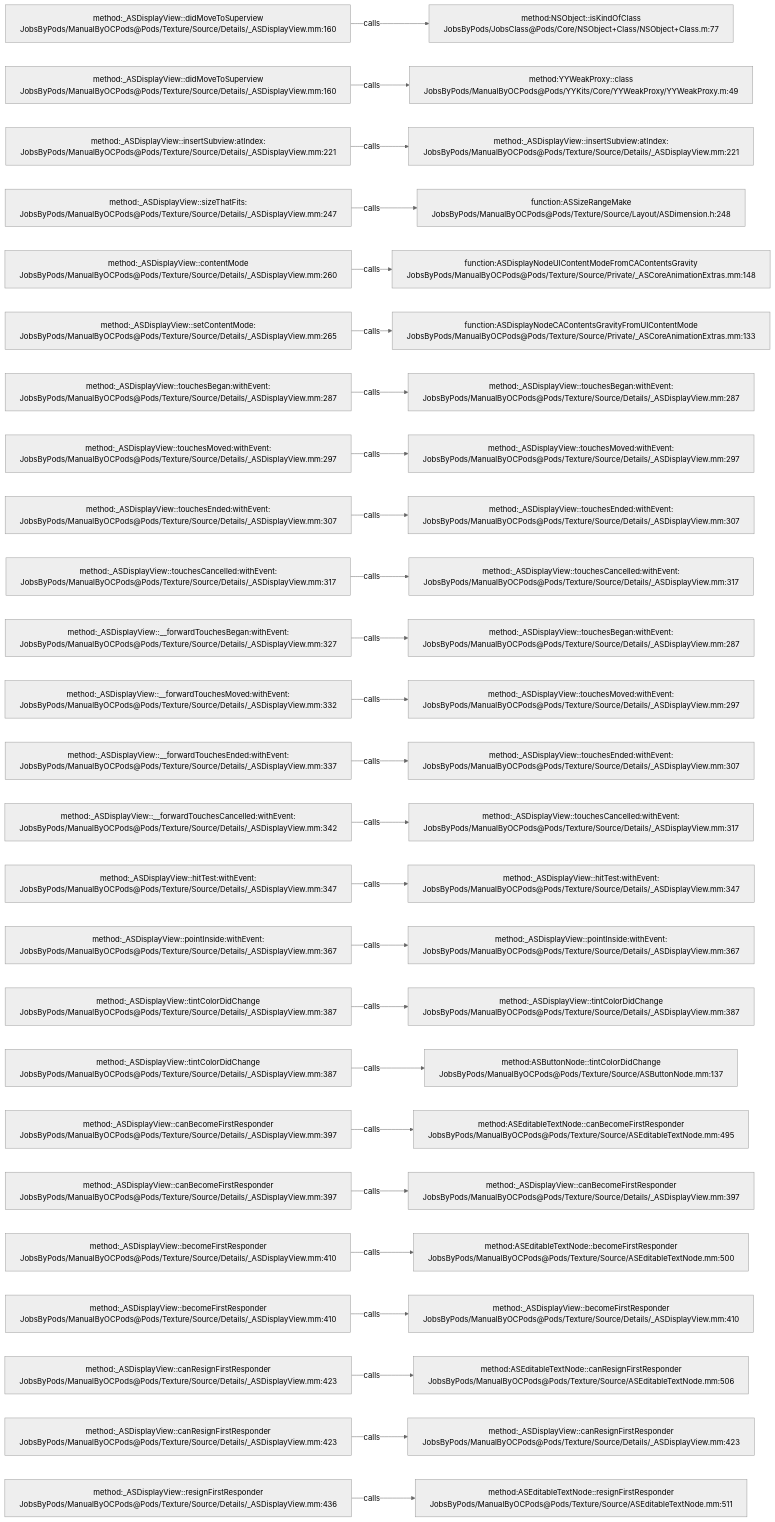
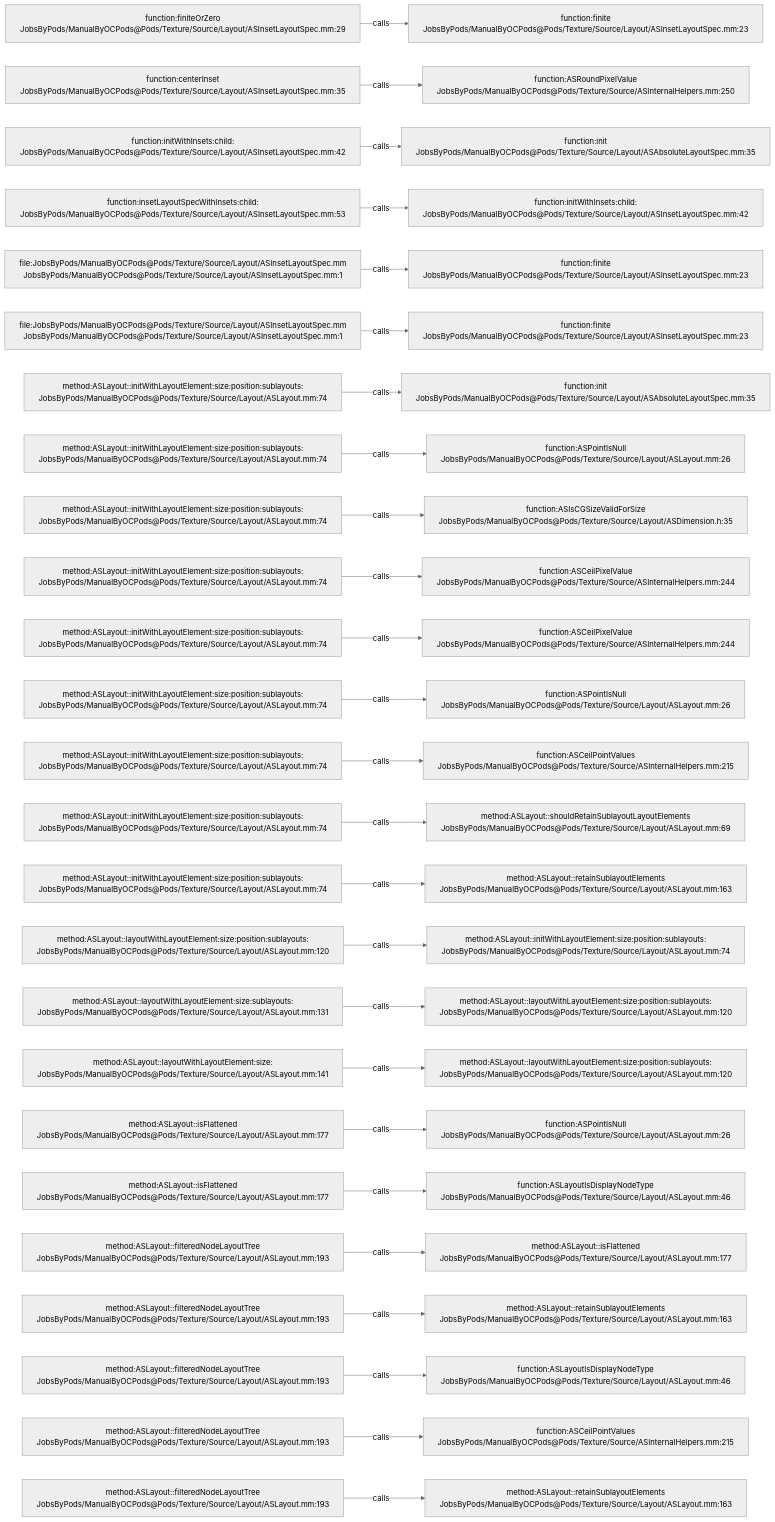
The diagram in .codegraph/codegraph.md/graphs/calls-170.md (JobsKits/JobsOCBaseConfigDemo), drawn with Mermaid (neutral theme) before and after one commit. The commit also changed 1448 other files, not shown here.

````diff
--- a/.codegraph/codegraph.md/graphs/calls-170.md
+++ b/.codegraph/codegraph.md/graphs/calls-170.md
@@ -13,78 +13,78 @@
 ```mermaid
 flowchart LR
-  S1["method:_ASDisplayView::didMoveToSuperview<br/>JobsByPods/ManualByOCPods@Pods/Texture/Source/Details/_ASDisplayView.mm:160"]
-  T1["method:NSObject::isKindOfClass<br/>JobsByPods/JobsClass@Pods/Core/NSObject+Class/NSObject+Class.m:77"]
+  S1["function:finiteOrZero<br/>JobsByPods/ManualByOCPods@Pods/Texture/Source/Layout/ASInsetLayoutSpec.mm:29"]
+  T1["function:finite<br/>JobsByPods/ManualByOCPods@Pods/Texture/Source/Layout/ASInsetLayoutSpec.mm:23"]
   S1 -->|calls| T1
-  S2["method:_ASDisplayView::didMoveToSuperview<br/>JobsByPods/ManualByOCPods@Pods/Texture/Source/Details/_ASDisplayView.mm:160"]
-  T2["method:YYWeakProxy::class<br/>JobsByPods/ManualByOCPods@Pods/YYKits/Core/YYWeakProxy/YYWeakProxy.m:49"]
+  S2["function:centerInset<br/>JobsByPods/ManualByOCPods@Pods/Texture/Source/Layout/ASInsetLayoutSpec.mm:35"]
+  T2["function:ASRoundPixelValue<br/>JobsByPods/ManualByOCPods@Pods/Texture/Source/ASInternalHelpers.mm:250"]
   S2 -->|calls| T2
-  S3["method:_ASDisplayView::insertSubview:atIndex:<br/>JobsByPods/ManualByOCPods@Pods/Texture/Source/Details/_ASDisplayView.mm:221"]
-  T3["method:_ASDisplayView::insertSubview:atIndex:<br/>JobsByPods/ManualByOCPods@Pods/Texture/Source/Details/_ASDisplayView.mm:221"]
+  S3["function:initWithInsets:child:<br/>JobsByPods/ManualByOCPods@Pods/Texture/Source/Layout/ASInsetLayoutSpec.mm:42"]
+  T3["function:init<br/>JobsByPods/ManualByOCPods@Pods/Texture/Source/Layout/ASAbsoluteLayoutSpec.mm:35"]
   S3 -->|calls| T3
-  S4["method:_ASDisplayView::sizeThatFits:<br/>JobsByPods/ManualByOCPods@Pods/Texture/Source/Details/_ASDisplayView.mm:247"]
-  T4["function:ASSizeRangeMake<br/>JobsByPods/ManualByOCPods@Pods/Texture/Source/Layout/ASDimension.h:248"]
+  S4["function:insetLayoutSpecWithInsets:child:<br/>JobsByPods/ManualByOCPods@Pods/Texture/Source/Layout/ASInsetLayoutSpec.mm:53"]
+  T4["function:initWithInsets:child:<br/>JobsByPods/ManualByOCPods@Pods/Texture/Source/Layout/ASInsetLayoutSpec.mm:42"]
   S4 -->|calls| T4
-  S5["method:_ASDisplayView::contentMode<br/>JobsByPods/ManualByOCPods@Pods/Texture/Source/Details/_ASDisplayView.mm:260"]
-  T5["function:ASDisplayNodeUIContentModeFromCAContentsGravity<br/>JobsByPods/ManualByOCPods@Pods/Texture/Source/Private/_ASCoreAnimationExtras.mm:148"]
+  S5["file:JobsByPods/ManualByOCPods@Pods/Texture/Source/Layout/ASInsetLayoutSpec.mm<br/>JobsByPods/ManualByOCPods@Pods/Texture/Source/Layout/ASInsetLayoutSpec.mm:1"]
+  T5["function:finite<br/>JobsByPods/ManualByOCPods@Pods/Texture/Source/Layout/ASInsetLayoutSpec.mm:23"]
   S5 -->|calls| T5
-  S6["method:_ASDisplayView::setContentMode:<br/>JobsByPods/ManualByOCPods@Pods/Texture/Source/Details/_ASDisplayView.mm:265"]
-  T6["function:ASDisplayNodeCAContentsGravityFromUIContentMode<br/>JobsByPods/ManualByOCPods@Pods/Texture/Source/Private/_ASCoreAnimationExtras.mm:133"]
+  S6["file:JobsByPods/ManualByOCPods@Pods/Texture/Source/Layout/ASInsetLayoutSpec.mm<br/>JobsByPods/ManualByOCPods@Pods/Texture/Source/Layout/ASInsetLayoutSpec.mm:1"]
+  T6["function:finite<br/>JobsByPods/ManualByOCPods@Pods/Texture/Source/Layout/ASInsetLayoutSpec.mm:23"]
   S6 -->|calls| T6
-  S7["method:_ASDisplayView::touchesBegan:withEvent:<br/>JobsByPods/ManualByOCPods@Pods/Texture/Source/Details/_ASDisplayView.mm:287"]
-  T7["method:_ASDisplayView::touchesBegan:withEvent:<br/>JobsByPods/ManualByOCPods@Pods/Texture/Source/Details/_ASDisplayView.mm:287"]
+  S7["method:ASLayout::initWithLayoutElement:size:position:sublayouts:<br/>JobsByPods/ManualByOCPods@Pods/Texture/Source/Layout/ASLayout.mm:74"]
+  T7["function:init<br/>JobsByPods/ManualByOCPods@Pods/Texture/Source/Layout/ASAbsoluteLayoutSpec.mm:35"]
   S7 -->|calls| T7
-  S8["method:_ASDisplayView::touchesMoved:withEvent:<br/>JobsByPods/ManualByOCPods@Pods/Texture/Source/Details/_ASDisplayView.mm:297"]
-  T8["method:_ASDisplayView::touchesMoved:withEvent:<br/>JobsByPods/ManualByOCPods@Pods/Texture/Source/Details/_ASDisplayView.mm:297"]
+  S8["method:ASLayout::initWithLayoutElement:size:position:sublayouts:<br/>JobsByPods/ManualByOCPods@Pods/Texture/Source/Layout/ASLayout.mm:74"]
+  T8["function:ASPointIsNull<br/>JobsByPods/ManualByOCPods@Pods/Texture/Source/Layout/ASLayout.mm:26"]
   S8 -->|calls| T8
-  S9["method:_ASDisplayView::touchesEnded:withEvent:<br/>JobsByPods/ManualByOCPods@Pods/Texture/Source/Details/_ASDisplayView.mm:307"]
-  T9["method:_ASDisplayView::touchesEnded:withEvent:<br/>JobsByPods/ManualByOCPods@Pods/Texture/Source/Details/_ASDisplayView.mm:307"]
+  S9["method:ASLayout::initWithLayoutElement:size:position:sublayouts:<br/>JobsByPods/ManualByOCPods@Pods/Texture/Source/Layout/ASLayout.mm:74"]
+  T9["function:ASIsCGSizeValidForSize<br/>JobsByPods/ManualByOCPods@Pods/Texture/Source/Layout/ASDimension.h:35"]
   S9 -->|calls| T9
-  S10["method:_ASDisplayView::touchesCancelled:withEvent:<br/>JobsByPods/ManualByOCPods@Pods/Texture/Source/Details/_ASDisplayView.mm:317"]
-  T10["method:_ASDisplayView::touchesCancelled:withEvent:<br/>JobsByPods/ManualByOCPods@Pods/Texture/Source/Details/_ASDisplayView.mm:317"]
+  S10["method:ASLayout::initWithLayoutElement:size:position:sublayouts:<br/>JobsByPods/ManualByOCPods@Pods/Texture/Source/Layout/ASLayout.mm:74"]
+  T10["function:ASCeilPixelValue<br/>JobsByPods/ManualByOCPods@Pods/Texture/Source/ASInternalHelpers.mm:244"]
   S10 -->|calls| T10
-  S11["method:_ASDisplayView::__forwardTouchesBegan:withEvent:<br/>JobsByPods/ManualByOCPods@Pods/Texture/Source/Details/_ASDisplayView.mm:327"]
-  T11["method:_ASDisplayView::touchesBegan:withEvent:<br/>JobsByPods/ManualByOCPods@Pods/Texture/Source/Details/_ASDisplayView.mm:287"]
+  S11["method:ASLayout::initWithLayoutElement:size:position:sublayouts:<br/>JobsByPods/ManualByOCPods@Pods/Texture/Source/Layout/ASLayout.mm:74"]
+  T11["function:ASCeilPixelValue<br/>JobsByPods/ManualByOCPods@Pods/Texture/Source/ASInternalHelpers.mm:244"]
   S11 -->|calls| T11
-  S12["method:_ASDisplayView::__forwardTouchesMoved:withEvent:<br/>JobsByPods/ManualByOCPods@Pods/Texture/Source/Details/_ASDisplayView.mm:332"]
-  T12["method:_ASDisplayView::touchesMoved:withEvent:<br/>JobsByPods/ManualByOCPods@Pods/Texture/Source/Details/_ASDisplayView.mm:297"]
+  S12["method:ASLayout::initWithLayoutElement:size:position:sublayouts:<br/>JobsByPods/ManualByOCPods@Pods/Texture/Source/Layout/ASLayout.mm:74"]
+  T12["function:ASPointIsNull<br/>JobsByPods/ManualByOCPods@Pods/Texture/Source/Layout/ASLayout.mm:26"]
   S12 -->|calls| T12
-  S13["method:_ASDisplayView::__forwardTouchesEnded:withEvent:<br/>JobsByPods/ManualByOCPods@Pods/Texture/Source/Details/_ASDisplayView.mm:337"]
-  T13["method:_ASDisplayView::touchesEnded:withEvent:<br/>JobsByPods/ManualByOCPods@Pods/Texture/Source/Details/_ASDisplayView.mm:307"]
+  S13["method:ASLayout::initWithLayoutElement:size:position:sublayouts:<br/>JobsByPods/ManualByOCPods@Pods/Texture/Source/Layout/ASLayout.mm:74"]
+  T13["function:ASCeilPointValues<br/>JobsByPods/ManualByOCPods@Pods/Texture/Source/ASInternalHelpers.mm:215"]
   S13 -->|calls| T13
-  S14["method:_ASDisplayView::__forwardTouchesCancelled:withEvent:<br/>JobsByPods/ManualByOCPods@Pods/Texture/Source/Details/_ASDisplayView.mm:342"]
-  T14["method:_ASDisplayView::touchesCancelled:withEvent:<br/>JobsByPods/ManualByOCPods@Pods/Texture/Source/Details/_ASDisplayView.mm:317"]
+  S14["method:ASLayout::initWithLayoutElement:size:position:sublayouts:<br/>JobsByPods/ManualByOCPods@Pods/Texture/Source/Layout/ASLayout.mm:74"]
+  T14["method:ASLayout::shouldRetainSublayoutLayoutElements<br/>JobsByPods/ManualByOCPods@Pods/Texture/Source/Layout/ASLayout.mm:69"]
   S14 -->|calls| T14
-  S15["method:_ASDisplayView::hitTest:withEvent:<br/>JobsByPods/ManualByOCPods@Pods/Texture/Source/Details/_ASDisplayView.mm:347"]
-  T15["method:_ASDisplayView::hitTest:withEvent:<br/>JobsByPods/ManualByOCPods@Pods/Texture/Source/Details/_ASDisplayView.mm:347"]
+  S15["method:ASLayout::initWithLayoutElement:size:position:sublayouts:<br/>JobsByPods/ManualByOCPods@Pods/Texture/Source/Layout/ASLayout.mm:74"]
+  T15["method:ASLayout::retainSublayoutElements<br/>JobsByPods/ManualByOCPods@Pods/Texture/Source/Layout/ASLayout.mm:163"]
   S15 -->|calls| T15
-  S16["method:_ASDisplayView::pointInside:withEvent:<br/>JobsByPods/ManualByOCPods@Pods/Texture/Source/Details/_ASDisplayView.mm:367"]
-  T16["method:_ASDisplayView::pointInside:withEvent:<br/>JobsByPods/ManualByOCPods@Pods/Texture/Source/Details/_ASDisplayView.mm:367"]
+  S16["method:ASLayout::layoutWithLayoutElement:size:position:sublayouts:<br/>JobsByPods/ManualByOCPods@Pods/Texture/Source/Layout/ASLayout.mm:120"]
+  T16["method:ASLayout::initWithLayoutElement:size:position:sublayouts:<br/>JobsByPods/ManualByOCPods@Pods/Texture/Source/Layout/ASLayout.mm:74"]
   S16 -->|calls| T16
-  S17["method:_ASDisplayView::tintColorDidChange<br/>JobsByPods/ManualByOCPods@Pods/Texture/Source/Details/_ASDisplayView.mm:387"]
-  T17["method:_ASDisplayView::tintColorDidChange<br/>JobsByPods/ManualByOCPods@Pods/Texture/Source/Details/_ASDisplayView.mm:387"]
+  S17["method:ASLayout::layoutWithLayoutElement:size:sublayouts:<br/>JobsByPods/ManualByOCPods@Pods/Texture/Source/Layout/ASLayout.mm:131"]
+  T17["method:ASLayout::layoutWithLayoutElement:size:position:sublayouts:<br/>JobsByPods/ManualByOCPods@Pods/Texture/Source/Layout/ASLayout.mm:120"]
   S17 -->|calls| T17
-  S18["method:_ASDisplayView::tintColorDidChange<br/>JobsByPods/ManualByOCPods@Pods/Texture/Source/Details/_ASDisplayView.mm:387"]
-  T18["method:ASButtonNode::tintColorDidChange<br/>JobsByPods/ManualByOCPods@Pods/Texture/Source/ASButtonNode.mm:137"]
+  S18["method:ASLayout::layoutWithLayoutElement:size:<br/>JobsByPods/ManualByOCPods@Pods/Texture/Source/Layout/ASLayout.mm:141"]
+  T18["method:ASLayout::layoutWithLayoutElement:size:position:sublayouts:<br/>JobsByPods/ManualByOCPods@Pods/Texture/Source/Layout/ASLayout.mm:120"]
   S18 -->|calls| T18
-  S19["method:_ASDisplayView::canBecomeFirstResponder<br/>JobsByPods/ManualByOCPods@Pods/Texture/Source/Details/_ASDisplayView.mm:397"]
-  T19["method:ASEditableTextNode::canBecomeFirstResponder<br/>JobsByPods/ManualByOCPods@Pods/Texture/Source/ASEditableTextNode.mm:495"]
+  S19["method:ASLayout::isFlattened<br/>JobsByPods/ManualByOCPods@Pods/Texture/Source/Layout/ASLayout.mm:177"]
+  T19["function:ASPointIsNull<br/>JobsByPods/ManualByOCPods@Pods/Texture/Source/Layout/ASLayout.mm:26"]
   S19 -->|calls| T19
-  S20["method:_ASDisplayView::canBecomeFirstResponder<br/>JobsByPods/ManualByOCPods@Pods/Texture/Source/Details/_ASDisplayView.mm:397"]
-  T20["method:_ASDisplayView::canBecomeFirstResponder<br/>JobsByPods/ManualByOCPods@Pods/Texture/Source/Details/_ASDisplayView.mm:397"]
+  S20["method:ASLayout::isFlattened<br/>JobsByPods/ManualByOCPods@Pods/Texture/Source/Layout/ASLayout.mm:177"]
+  T20["function:ASLayoutIsDisplayNodeType<br/>JobsByPods/ManualByOCPods@Pods/Texture/Source/Layout/ASLayout.mm:46"]
   S20 -->|calls| T20
-  S21["method:_ASDisplayView::becomeFirstResponder<br/>JobsByPods/ManualByOCPods@Pods/Texture/Source/Details/_ASDisplayView.mm:410"]
-  T21["method:ASEditableTextNode::becomeFirstResponder<br/>JobsByPods/ManualByOCPods@Pods/Texture/Source/ASEditableTextNode.mm:500"]
+  S21["method:ASLayout::filteredNodeLayoutTree<br/>JobsByPods/ManualByOCPods@Pods/Texture/Source/Layout/ASLayout.mm:193"]
+  T21["method:ASLayout::isFlattened<br/>JobsByPods/ManualByOCPods@Pods/Texture/Source/Layout/ASLayout.mm:177"]
   S21 -->|calls| T21
-  S22["method:_ASDisplayView::becomeFirstResponder<br/>JobsByPods/ManualByOCPods@Pods/Texture/Source/Details/_ASDisplayView.mm:410"]
-  T22["method:_ASDisplayView::becomeFirstResponder<br/>JobsByPods/ManualByOCPods@Pods/Texture/Source/Details/_ASDisplayView.mm:410"]
+  S22["method:ASLayout::filteredNodeLayoutTree<br/>JobsByPods/ManualByOCPods@Pods/Texture/Source/Layout/ASLayout.mm:193"]
+  T22["method:ASLayout::retainSublayoutElements<br/>JobsByPods/ManualByOCPods@Pods/Texture/Source/Layout/ASLayout.mm:163"]
   S22 -->|calls| T22
-  S23["method:_ASDisplayView::canResignFirstResponder<br/>JobsByPods/ManualByOCPods@Pods/Texture/Source/Details/_ASDisplayView.mm:423"]
-  T23["method:ASEditableTextNode::canResignFirstResponder<br/>JobsByPods/ManualByOCPods@Pods/Texture/Source/ASEditableTextNode.mm:506"]
+  S23["method:ASLayout::filteredNodeLayoutTree<br/>JobsByPods/ManualByOCPods@Pods/Texture/Source/Layout/ASLayout.mm:193"]
+  T23["function:ASLayoutIsDisplayNodeType<br/>JobsByPods/ManualByOCPods@Pods/Texture/Source/Layout/ASLayout.mm:46"]
   S23 -->|calls| T23
-  S24["method:_ASDisplayView::canResignFirstResponder<br/>JobsByPods/ManualByOCPods@Pods/Texture/Source/Details/_ASDisplayView.mm:423"]
-  T24["method:_ASDisplayView::canResignFirstResponder<br/>JobsByPods/ManualByOCPods@Pods/Texture/Source/Details/_ASDisplayView.mm:423"]
+  S24["method:ASLayout::filteredNodeLayoutTree<br/>JobsByPods/ManualByOCPods@Pods/Texture/Source/Layout/ASLayout.mm:193"]
+  T24["function:ASCeilPointValues<br/>JobsByPods/ManualByOCPods@Pods/Texture/Source/ASInternalHelpers.mm:215"]
   S24 -->|calls| T24
-  S25["method:_ASDisplayView::resignFirstResponder<br/>JobsByPods/ManualByOCPods@Pods/Texture/Source/Details/_ASDisplayView.mm:436"]
-  T25["method:ASEditableTextNode::resignFirstResponder<br/>JobsByPods/ManualByOCPods@Pods/Texture/Source/ASEditableTextNode.mm:511"]
+  S25["method:ASLayout::filteredNodeLayoutTree<br/>JobsByPods/ManualByOCPods@Pods/Texture/Source/Layout/ASLayout.mm:193"]
+  T25["method:ASLayout::retainSublayoutElements<br/>JobsByPods/ManualByOCPods@Pods/Texture/Source/Layout/ASLayout.mm:163"]
   S25 -->|calls| T25
 ```
````
